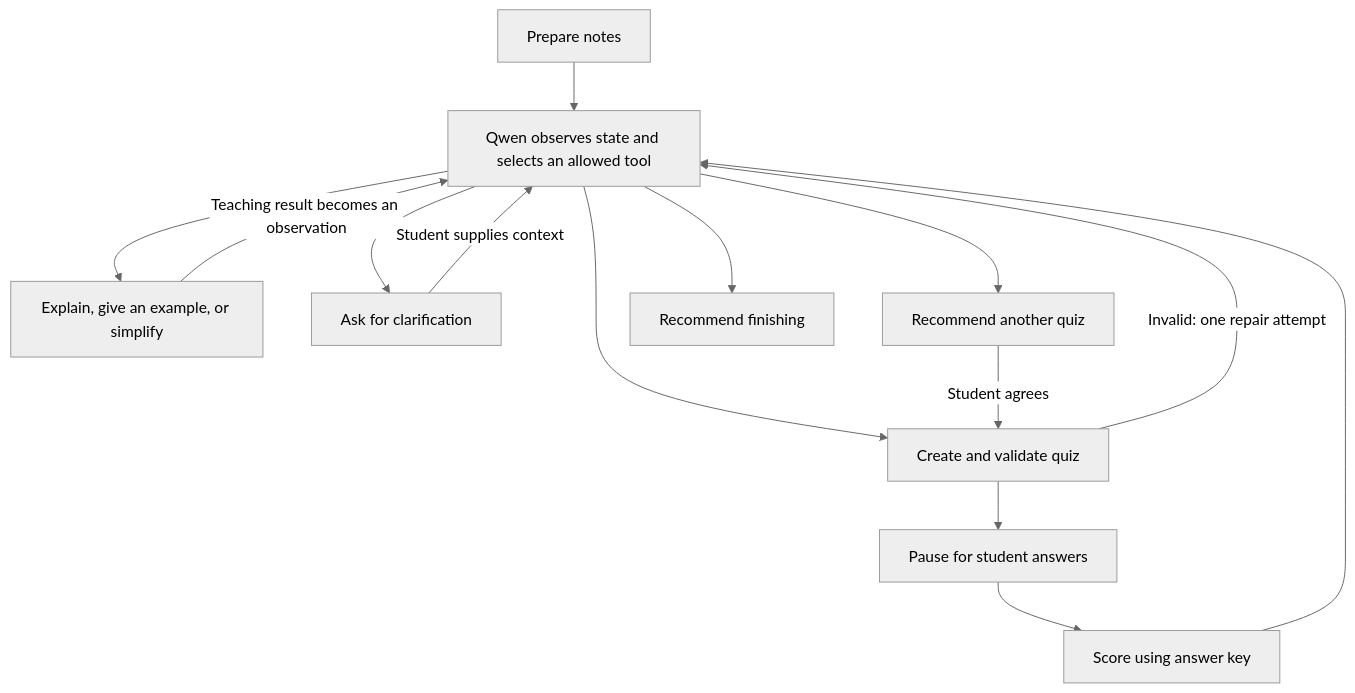
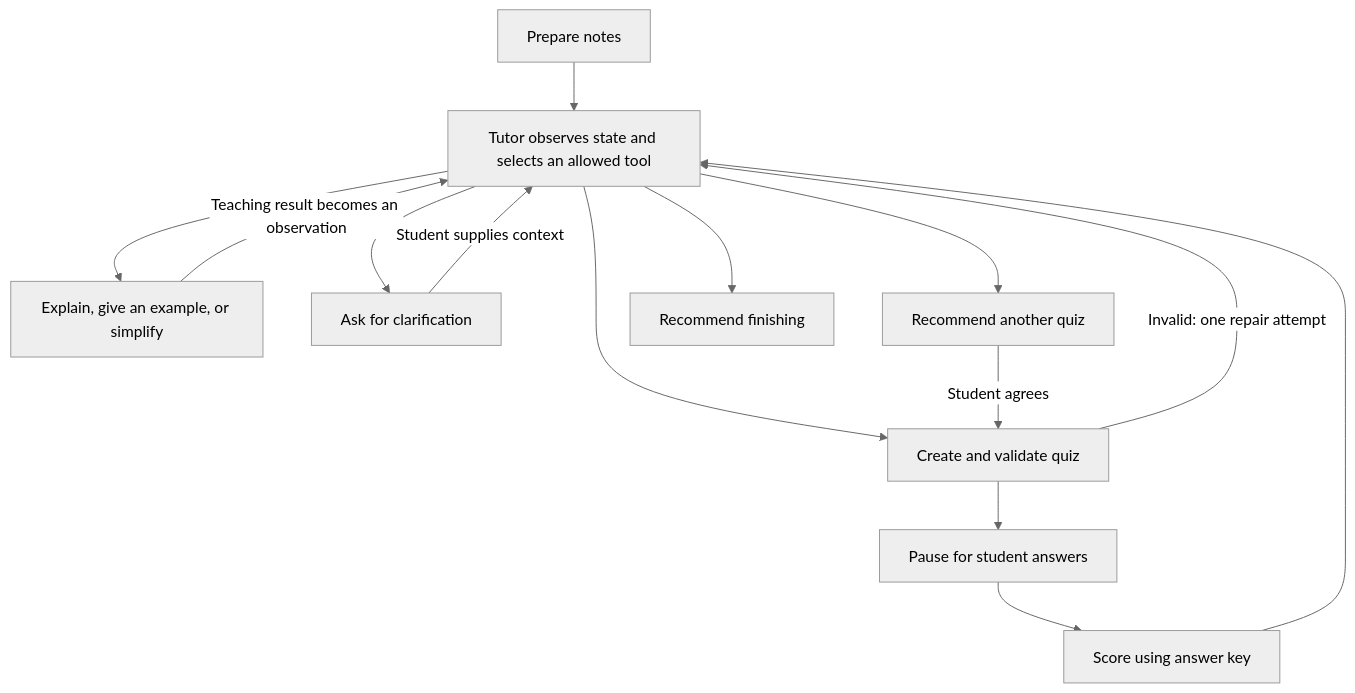
The diagram in README.md (shanvsrivas/Flexi-AgenticAI), drawn with Mermaid (neutral theme) before and after one commit. The commit also changed other lines of this file and 17 other files, not shown here.

````diff
--- a/README.md
+++ b/README.md
@@ -61,16 +83,16 @@
 ```mermaid
 flowchart TD
-    A[Prepare notes] --> B[Qwen observes state and selects an allowed tool]
+    A[Prepare notes] --> B[Tutor observes state and selects an allowed tool]
     B --> C[Create and validate quiz]
     C --> D[Pause for student answers]
     D --> E[Score using answer key]
     E --> B
     B --> F[Explain, give an example, or simplify]
     F -->|Teaching result becomes an observation| B
     B --> G[Ask for clarification]
     G -->|Student supplies context| B
     B --> H[Recommend another quiz]
     H -->|Student agrees| C
     B --> I[Recommend finishing]
     C -->|Invalid: one repair attempt| B
 ```
````
